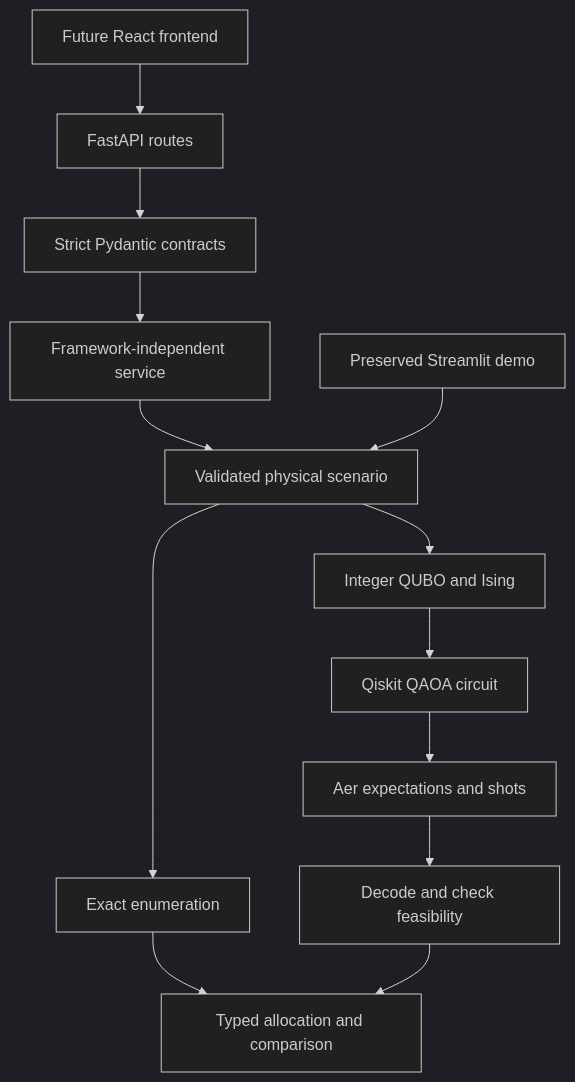
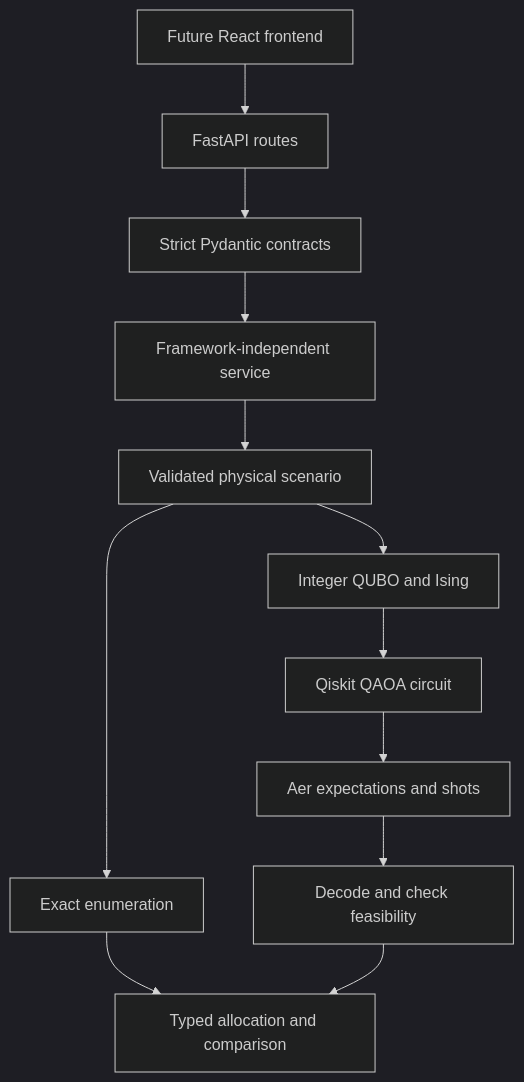
The diagram in docs/ARCHITECTURE.md (SabihaAbidd/anavo), drawn with Mermaid (dark theme) before and after one commit. The commit also changed other lines of this file and 35 other files, not shown here.

````diff
--- a/docs/ARCHITECTURE.md
+++ b/docs/ARCHITECTURE.md
@@ -3,15 +3,14 @@
 ```mermaid
 flowchart TD
     Future["Future React frontend"] --> API["FastAPI routes"]
     API --> Schemas["Strict Pydantic contracts"]
     Schemas --> Service["Framework-independent service"]
     Service --> Model["Validated physical scenario"]
-    Legacy["Preserved Streamlit demo"] --> Model
     Model --> Exact["Exact enumeration"]
     Model --> Qubo["Integer QUBO and Ising"]
     Qubo --> Circuit["Qiskit QAOA circuit"]
     Circuit --> Aer["Aer expectations and shots"]
     Aer --> Check["Decode and check feasibility"]
     Exact --> Compare["Typed allocation and comparison"]
     Check --> Compare
 ```
````
